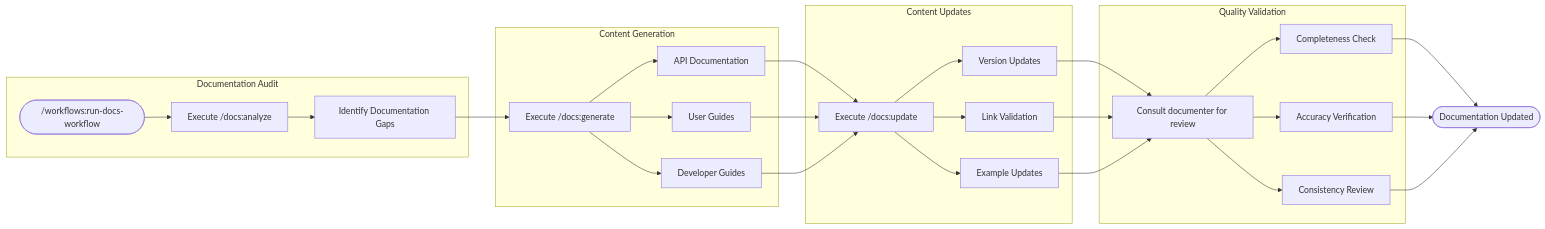
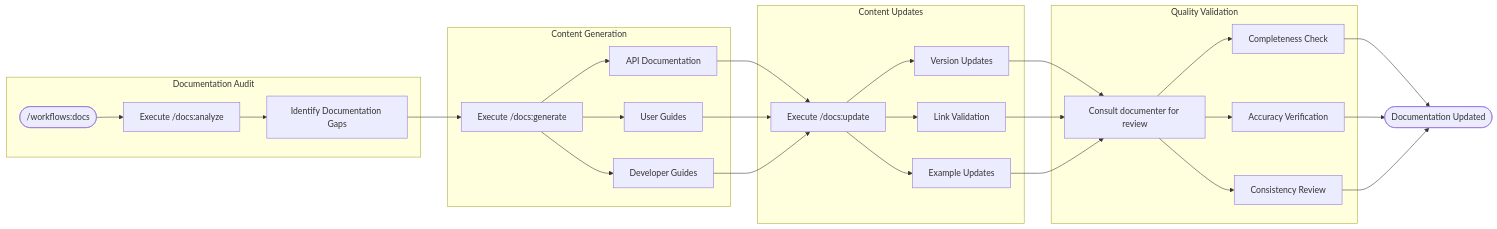
The ninth of 13 diagrams in docs/user/typical-workflows.md (thomasholknielsen/claude-code-config), drawn with Mermaid before and after one commit. The commit also changed other lines of this file and 198 other files, not shown here.

````diff
--- a/docs/user/typical-workflows.md
+++ b/docs/user/typical-workflows.md
@@ -333,36 +333,36 @@
 ```mermaid
 graph LR
     subgraph "Documentation Audit"
-        Start([/workflows:run-docs-workflow]) --> Audit[Execute /docs:analyze]
+        Start([/workflows:docs]) --> Audit[Execute /docs:analyze]
         Audit --> Gaps[Identify Documentation Gaps]
     end
 
     subgraph "Content Generation"
         Gaps --> Generate[Execute /docs:generate]
         Generate --> G1[API Documentation]
         Generate --> G2[User Guides]
         Generate --> G3[Developer Guides]
     end
 
     subgraph "Content Updates"
         G1 --> Update[Execute /docs:update]
         G2 --> Update
         G3 --> Update
         Update --> U1[Version Updates]
         Update --> U2[Link Validation]
         Update --> U3[Example Updates]
     end
 
     subgraph "Quality Validation"
         U1 --> Validate[Consult documenter for review]
         U2 --> Validate
         U3 --> Validate
         Validate --> V1[Completeness Check]
         Validate --> V2[Accuracy Verification]
         Validate --> V3[Consistency Review]
     end
 
     V1 --> Complete([Documentation Updated])
     V2 --> Complete
     V3 --> Complete
 ```
````
